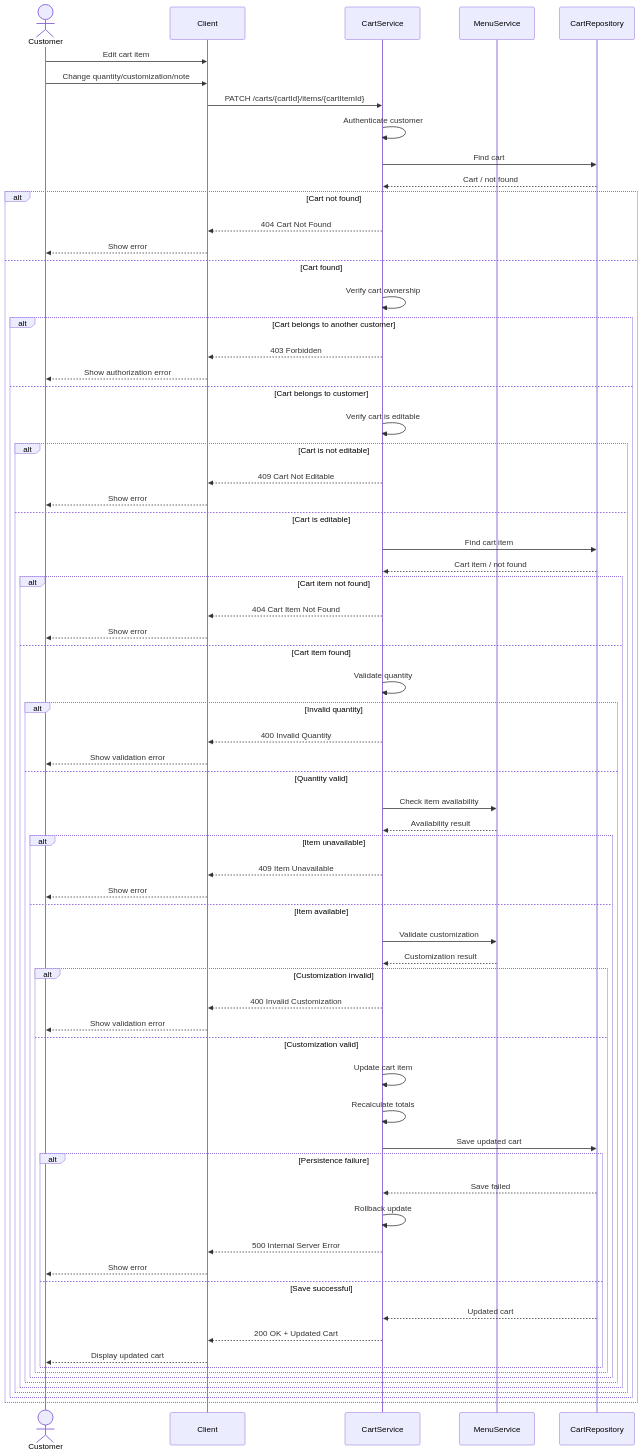
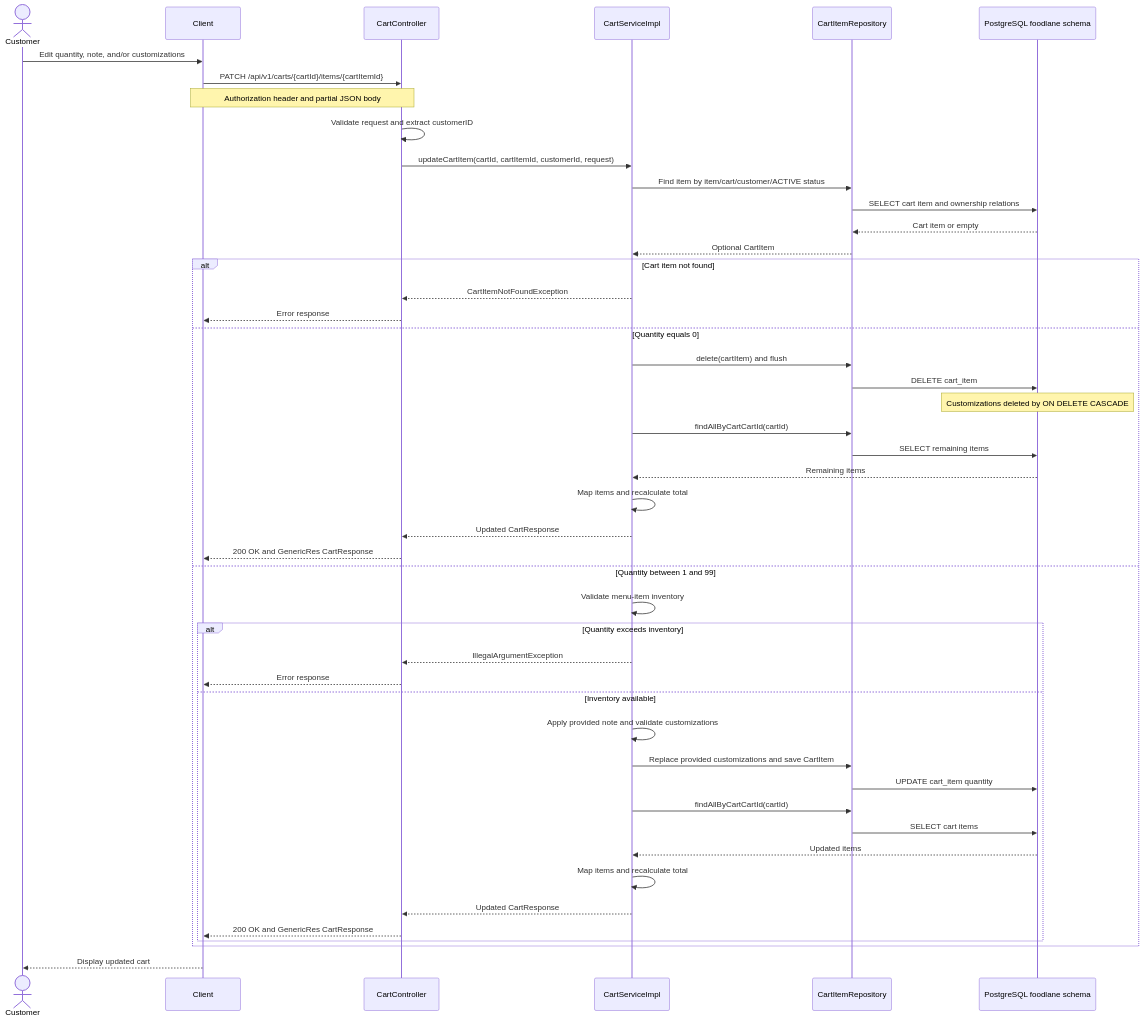
One commit to moGaara/foodLane changed the diagram in design/cartModule/modify/Update-Cart-Item-Sequence.md. Above: the diagram before and after it, drawn with Mermaid. The commit also changed other lines of this file and 28 other files, not shown here.

````diff
--- a/design/cartModule/modify/Update-Cart-Item-Sequence.md
+++ b/design/cartModule/modify/Update-Cart-Item-Sequence.md
@@ -3,82 +3,52 @@
 ```mermaid
 sequenceDiagram
     actor Customer
     participant Client
-    participant CartService
-    participant MenuService
-    participant CartRepository
+    participant Controller as CartController
+    participant Service as CartServiceImpl
+    participant Repository as CartItemRepository
+    participant DB as PostgreSQL foodlane schema
 
-    Customer->>Client: Edit cart item
-    Customer->>Client: Change quantity/customization/note
+    Customer->>Client: Edit quantity, note, and/or customizations
+    Client->>Controller: PATCH /api/v1/carts/{cartId}/items/{cartItemId}
+    Note over Client,Controller: Authorization header and partial JSON body
+    Controller->>Controller: Validate request and extract customerID
+    Controller->>Service: updateCartItem(cartId, cartItemId, customerId, request)
+    Service->>Repository: Find item by item/cart/customer/ACTIVE status
+    Repository->>DB: SELECT cart item and ownership relations
+    DB-->>Repository: Cart item or empty
+    Repository-->>Service: Optional CartItem
 
-    Client->>CartService: PATCH /carts/{cartId}/items/{cartItemId}
-
-    CartService->>CartService: Authenticate customer
-    CartService->>CartRepository: Find cart
-    CartRepository-->>CartService: Cart / not found
-
-    alt Cart not found
-        CartService-->>Client: 404 Cart Not Found
-        Client-->>Customer: Show error
-    else Cart found
-        CartService->>CartService: Verify cart ownership
-
-        alt Cart belongs to another customer
-            CartService-->>Client: 403 Forbidden
-            Client-->>Customer: Show authorization error
-        else Cart belongs to customer
-            CartService->>CartService: Verify cart is editable
-
-            alt Cart is not editable
-                CartService-->>Client: 409 Cart Not Editable
-                Client-->>Customer: Show error
-            else Cart is editable
-                CartService->>CartRepository: Find cart item
-                CartRepository-->>CartService: Cart item / not found
-
-                alt Cart item not found
-                    CartService-->>Client: 404 Cart Item Not Found
-                    Client-->>Customer: Show error
-                else Cart item found
-                    CartService->>CartService: Validate quantity
-
-                    alt Invalid quantity
-                        CartService-->>Client: 400 Invalid Quantity
-                        Client-->>Customer: Show validation error
-                    else Quantity valid
-                        CartService->>MenuService: Check item availability
-                        MenuService-->>CartService: Availability result
-
-                        alt Item unavailable
-                            CartService-->>Client: 409 Item Unavailable
-                            Client-->>Customer: Show error
-                        else Item available
-                            CartService->>MenuService: Validate customization
-                            MenuService-->>CartService: Customization result
-
-                            alt Customization invalid
-                                CartService-->>Client: 400 Invalid Customization
-                                Client-->>Customer: Show validation error
-                            else Customization valid
-                                CartService->>CartService: Update cart item
-                                CartService->>CartService: Recalculate totals
-                                CartService->>CartRepository: Save updated cart
-
-                                alt Persistence failure
-                                    CartRepository-->>CartService: Save failed
-                                    CartService->>CartService: Rollback update
-                                    CartService-->>Client: 500 Internal Server Error
-                                    Client-->>Customer: Show error
-                                else Save successful
-                                    CartRepository-->>CartService: Updated cart
-                                    CartService-->>Client: 200 OK + Updated Cart
-                                    Client-->>Customer: Display updated cart
-                                end
-                            end
-                        end
-                    end
-                end
-            end
+    alt Cart item not found
+        Service-->>Controller: CartItemNotFoundException
+        Controller-->>Client: Error response
+    else Quantity equals 0
+        Service->>Repository: delete(cartItem) and flush
+        Repository->>DB: DELETE cart_item
+        Note over DB: Customizations deleted by ON DELETE CASCADE
+        Service->>Repository: findAllByCartCartId(cartId)
+        Repository->>DB: SELECT remaining items
+        DB-->>Service: Remaining items
+        Service->>Service: Map items and recalculate total
+        Service-->>Controller: Updated CartResponse
+        Controller-->>Client: 200 OK and GenericRes CartResponse
+    else Quantity between 1 and 99
+        Service->>Service: Validate menu-item inventory
+        alt Quantity exceeds inventory
+            Service-->>Controller: IllegalArgumentException
+            Controller-->>Client: Error response
+        else Inventory available
+            Service->>Service: Apply provided note and validate customizations
+            Service->>Repository: Replace provided customizations and save CartItem
+            Repository->>DB: UPDATE cart_item quantity
+            Service->>Repository: findAllByCartCartId(cartId)
+            Repository->>DB: SELECT cart items
+            DB-->>Service: Updated items
+            Service->>Service: Map items and recalculate total
+            Service-->>Controller: Updated CartResponse
+            Controller-->>Client: 200 OK and GenericRes CartResponse
         end
     end
+
+    Client-->>Customer: Display updated cart
 ```
````
